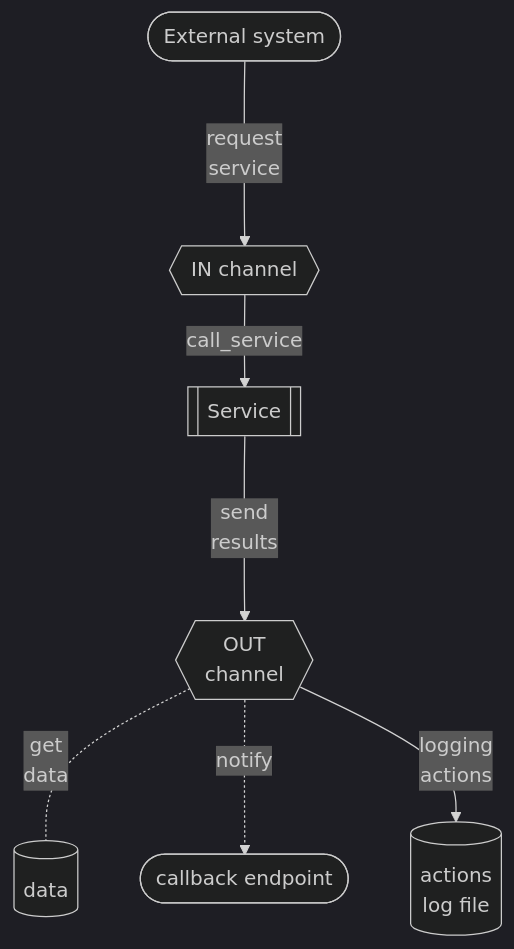
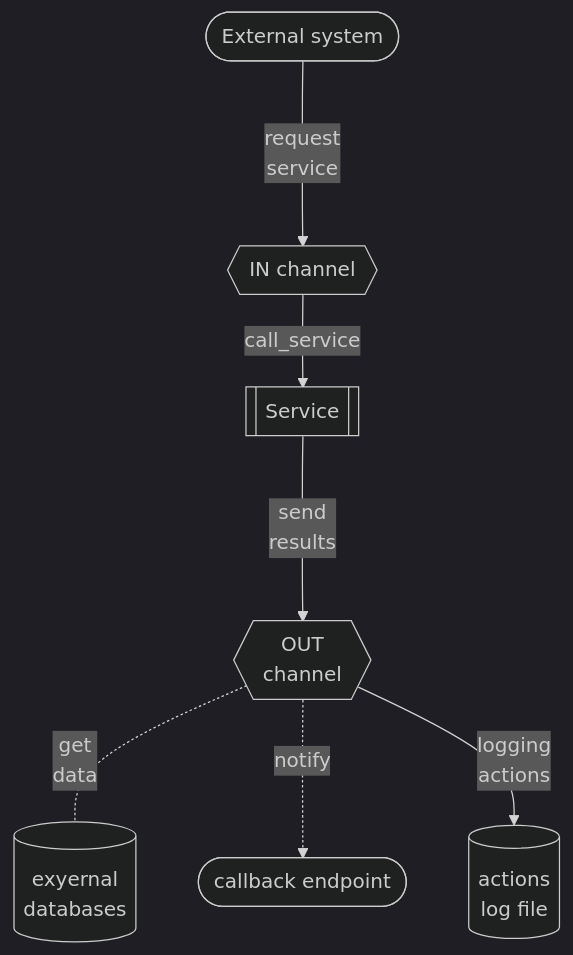
Before and after one commit to petre-renware/arint: the diagram in doc_src/810-DSGN/130.02-Overview.md, drawn with Mermaid (dark theme).

````diff
--- a/doc_src/810-DSGN/130.02-Overview.md
+++ b/doc_src/810-DSGN/130.02-Overview.md
@@ -24,19 +24,19 @@
 ``` mermaid
 graph TD
     SRV[[Service]]
     EXT([External system])
     INCH{{IN channel}}
-    DTB[(data)]
+    DTB[(exyernal \n databases)]
     OUTCH{{OUT \n channel}}
     CALLBCK([callback endpoint])
     LOGFILE[(actions \n log file)]
     
     EXT --->|request \n service| INCH
     INCH --> |call_service| SRV
     SRV --->|send \n results| OUTCH
     
     OUTCH -.- |get \n data| DTB
     OUTCH -.-> |notify| CALLBCK
     OUTCH --> |logging \n actions| LOGFILE
 
 ```
````
